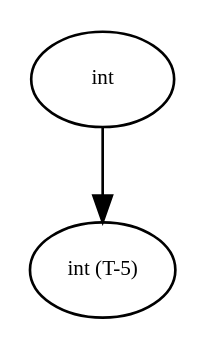
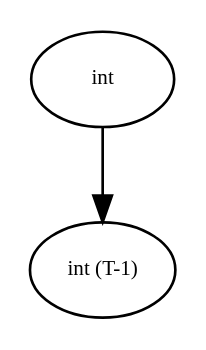
One commit to HarelOpler/livescript-inference changed the diagram in graphs/debug_tree0.dot. Above: the diagram before and after it, drawn with Graphviz. The commit also changed 31 other files, not shown here.

```diff
--- a/graphs/debug_tree0.dot
+++ b/graphs/debug_tree0.dot
@@ -1,15 +1,15 @@
 digraph RGL__DirectedAdjacencyGraph {
     int [
         fontsize = 8,
         label = int
     ]
 
-    "int (T-5)" [
+    "int (T-1)" [
         fontsize = 8,
-        label = "int (T-5)"
+        label = "int (T-1)"
     ]
 
-    int -> "int (T-5)" [
+    int -> "int (T-1)" [
         fontsize = 8
     ]
 }
```
